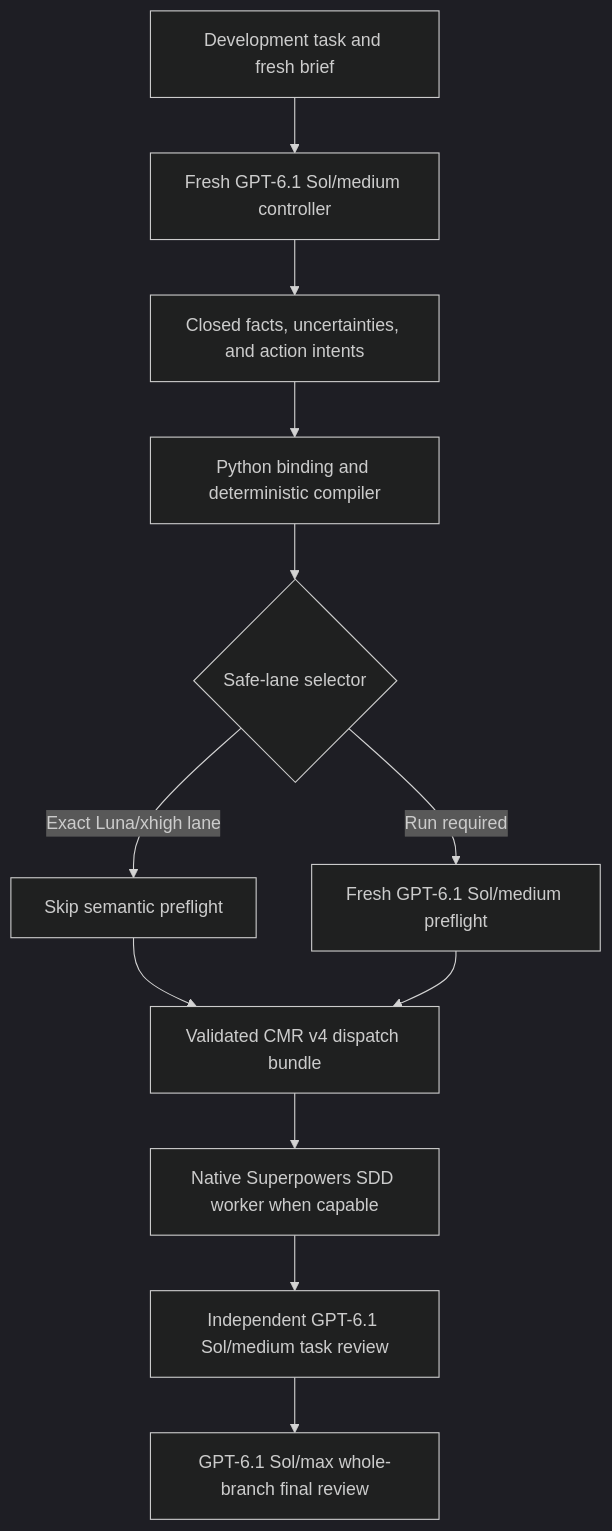
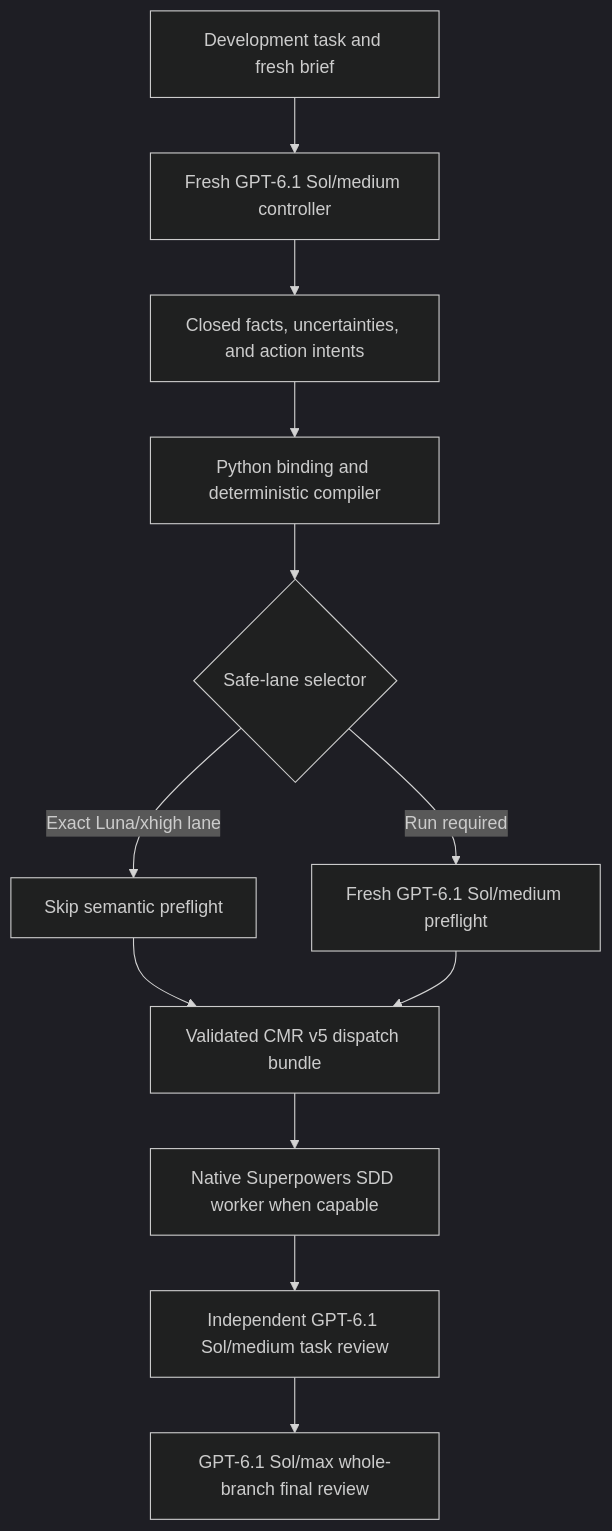
The diagram in README.md (luandemelo/codex-model-router), drawn with Mermaid (dark theme) before and after one commit. The commit also changed other lines of this file and 37 other files, not shown here.

````diff
--- a/README.md
+++ b/README.md
@@ -96,14 +96,14 @@
 ```mermaid
 flowchart TD
     A[Development task and fresh brief] --> B[Fresh GPT-6.1 Sol/medium controller]
     B --> C[Closed facts, uncertainties, and action intents]
     C --> D[Python binding and deterministic compiler]
     D --> E{Safe-lane selector}
     E -->|Exact Luna/xhigh lane| F[Skip semantic preflight]
     E -->|Run required| G[Fresh GPT-6.1 Sol/medium preflight]
-    F --> H[Validated CMR v4 dispatch bundle]
+    F --> H[Validated CMR v5 dispatch bundle]
     G --> H
     H --> I[Native Superpowers SDD worker when capable]
     I --> J[Independent GPT-6.1 Sol/medium task review]
     J --> K[GPT-6.1 Sol/max whole-branch final review]
 ```
````
